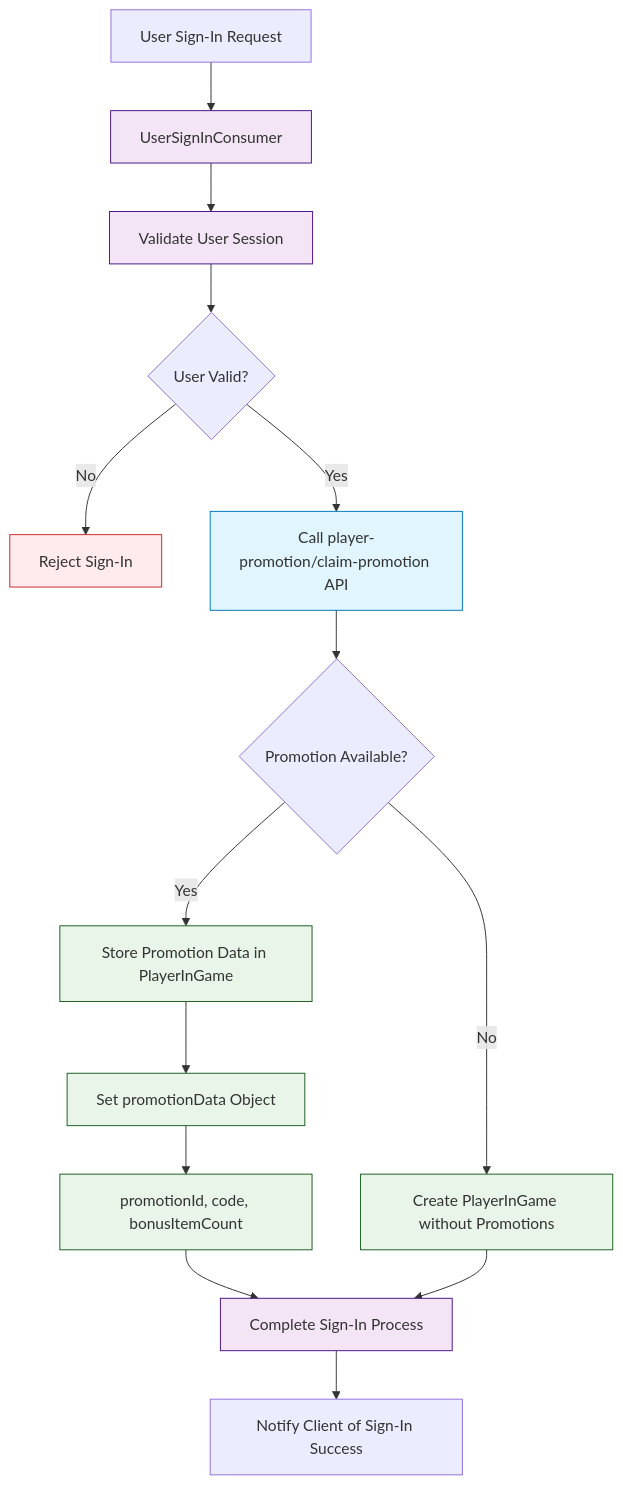
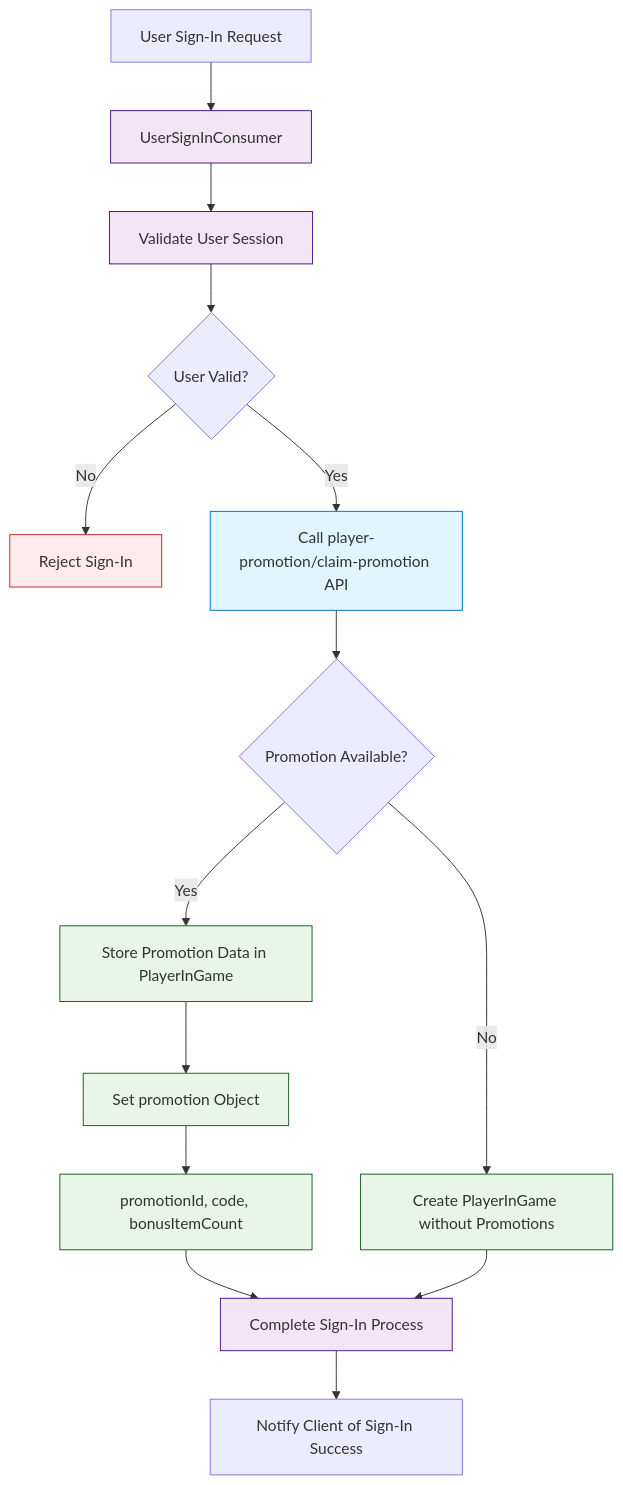
One commit to starixvn/l1_sc-packages_sc-game-base changed the second of 9 diagrams in diagrams/place-bet-flow-diagram.md. Above: the diagram before and after it, drawn with Mermaid. The commit also changed other lines of this file and 2 other files, not shown here.

Commit message:
docs: update promotion object

````diff
--- a/diagrams/place-bet-flow-diagram.md
+++ b/diagrams/place-bet-flow-diagram.md
@@ -34,30 +34,30 @@
 ```mermaid
 flowchart TD
     SignInRequest[User Sign-In Request] --> UserSignInConsumer[UserSignInConsumer]
     UserSignInConsumer --> ValidateUser[Validate User Session]
     ValidateUser --> UserValid{User Valid?}
 
     UserValid -->|No| RejectSignIn[Reject Sign-In]
     UserValid -->|Yes| ClaimPromotionAPI[Call player-promotion/claim-promotion API]
 
     ClaimPromotionAPI --> PromotionResult{Promotion Available?}
     PromotionResult -->|No| CreatePlayerData[Create PlayerInGame without Promotions]
     PromotionResult -->|Yes| StorePromotionData[Store Promotion Data in PlayerInGame]
 
-    StorePromotionData --> SetPromotionData[Set promotionData Object]
-    SetPromotionData --> SetPromotionFields[promotionId, code, bonusItemCount]
+    StorePromotionData --> SetPromotion[Set promotion Object]
+    SetPromotion --> SetPromotionFields[promotionId, code, bonusItemCount]
     SetPromotionFields --> CompleteSignIn[Complete Sign-In Process]
 
     CreatePlayerData --> CompleteSignIn
     CompleteSignIn --> NotifyClient[Notify Client of Sign-In Success]
 
     classDef signInStyle fill:#f3e5f5,stroke:#4a148c
     classDef apiStyle fill:#e1f5fe,stroke:#0277bd
     classDef dataStyle fill:#e8f5e8,stroke:#1b5e20
     classDef errorStyle fill:#ffebee,stroke:#c62828
 
     class UserSignInConsumer,ValidateUser,CompleteSignIn signInStyle
     class ClaimPromotionAPI apiStyle
-    class StorePromotionData,SetPromotionData,SetPromotionFields,CreatePlayerData dataStyle
+    class StorePromotionData,SetPromotion,SetPromotionFields,CreatePlayerData dataStyle
     class RejectSignIn errorStyle
 ```
````
